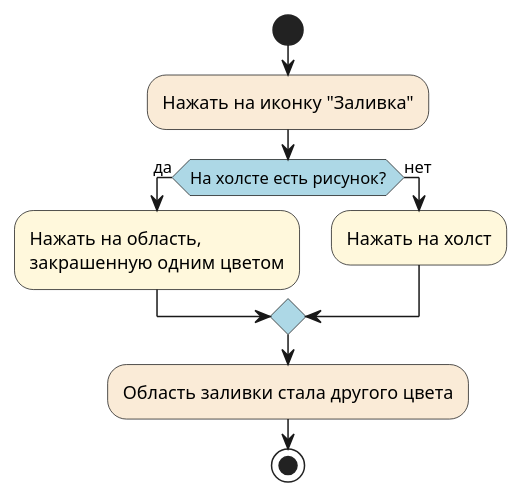
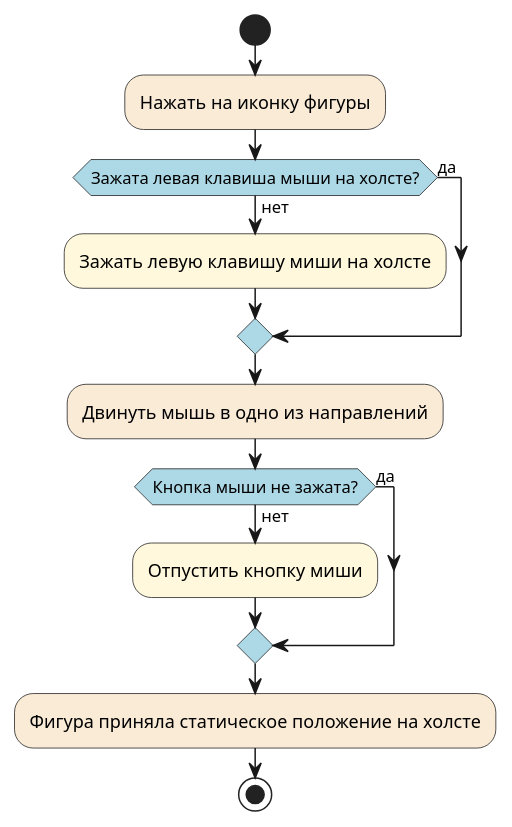
One commit to UnVeh/reposit changed the diagram in diagrams/activity1.puml. Above: the diagram before and after it, drawn with PlantUML. The commit also changed 1 other file, not shown here.

```diff
--- a/diagrams/activity1.puml
+++ b/diagrams/activity1.puml
@@ -1,17 +1,19 @@
 @startuml
-
 skinparam activity {
     DiamondBackgroundColor LightBlue
 }
 start
 
-#AntiqueWhite:Нажать на иконку "Заливка";
-if (На холсте есть рисунок?) then (да)
-#Cornsilk:Нажать на область,
-закрашенную одним цветом;
+#AntiqueWhite:Нажать на иконку фигуры;
+if (Зажата левая клавиша мыши на холсте?) then (да)
 else (нет)
-#Cornsilk:Нажать на холст;
+#Cornsilk:Зажать левую клавишу миши на холсте;
 endif
-#AntiqueWhite:Область заливки стала другого цвета;
+#AntiqueWhite:Двинуть мышь в одно из направлений;
+if (Кнопка мыши не зажата?) then (да)
+else (нет)
+#Cornsilk:Отпустить кнопку миши;
+endif
+#AntiqueWhite:Фигура приняла статическое положение на холсте;
 stop
 @enduml
```
